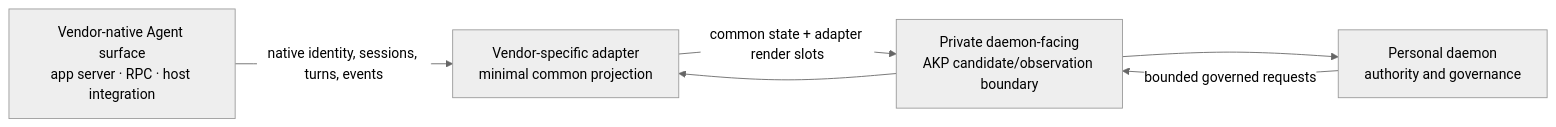
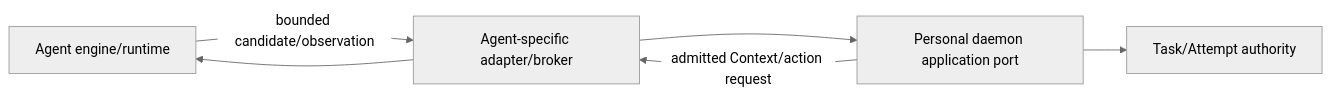
The diagram in personal/docs/architecture/agent-adapter-contract.md (agentkernel/cognitive-os), drawn with Mermaid (neutral theme) before and after one commit. The commit also changed other lines of this file and 156 other files, not shown here.

````diff
--- a/personal/docs/architecture/agent-adapter-contract.md
+++ b/personal/docs/architecture/agent-adapter-contract.md
@@ -45,13 +20,13 @@
 ```mermaid
 flowchart LR
-  native["Vendor-native Agent surface\napp server · RPC · host integration"]
-  adapter["Vendor-specific adapter\nminimal common projection"]
-  akp["Private daemon-facing\nAKP candidate/observation boundary"]
-  daemon["Personal daemon\nauthority and governance"]
+  engine["Agent engine/runtime"]
+  adapter["Agent-specific adapter/broker"]
+  daemon["Personal daemon application port"]
+  task["Task/Attempt authority"]
 
-  native -->|"native identity, sessions, turns, events"| adapter
-  adapter -->|"common state + adapter render slots"| akp
-  akp --> daemon
-  daemon -->|"bounded governed requests"| akp
-  akp --> adapter
+  engine -->|"bounded candidate/observation"| adapter
+  adapter --> daemon
+  daemon --> task
+  daemon -->|"admitted Context/action request"| adapter
+  adapter --> engine
 ```
````
